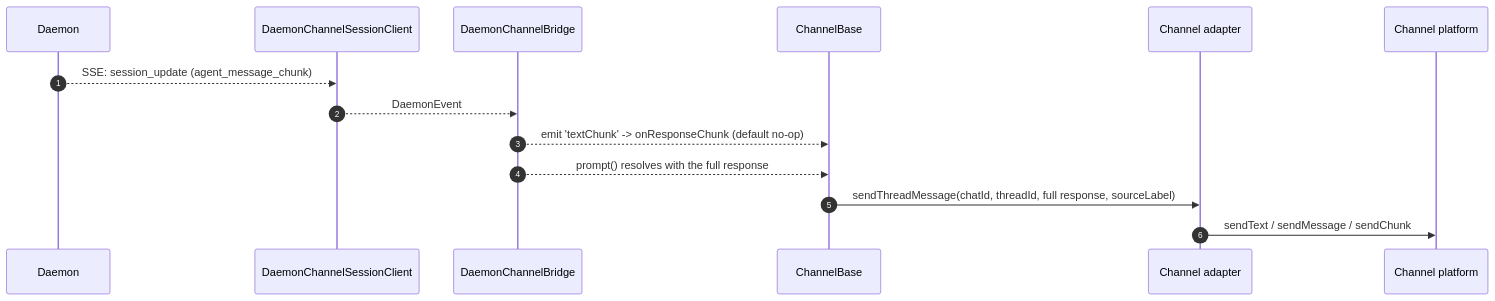
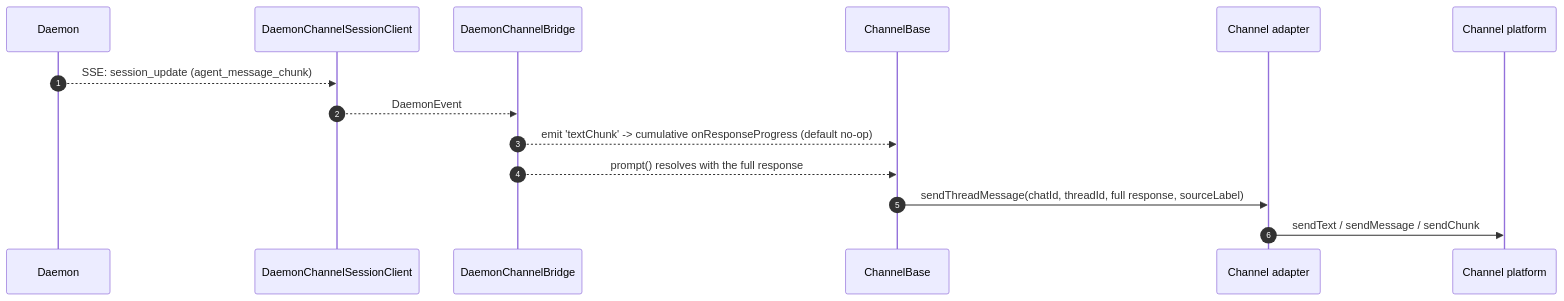
The second of 3 diagrams in docs/developers/daemon/15-channel-adapters.md (QwenLM/qwen-code), drawn with Mermaid before and after one commit. The commit also changed 20 other files, not shown here.

````diff
--- a/docs/developers/daemon/15-channel-adapters.md
+++ b/docs/developers/daemon/15-channel-adapters.md
@@ -132,17 +132,17 @@
 ```mermaid
 sequenceDiagram
     autonumber
     participant D as Daemon
     participant SC as DaemonChannelSessionClient
     participant BR as DaemonChannelBridge
     participant CB as ChannelBase
     participant AD as Channel adapter
     participant CH as Channel platform
 
     D-->>SC: SSE: session_update (agent_message_chunk)
     SC-->>BR: DaemonEvent
-    BR-->>CB: emit 'textChunk' -> onResponseChunk (default no-op)
+    BR-->>CB: emit 'textChunk' -> cumulative onResponseProgress (default no-op)
     BR-->>CB: prompt() resolves with the full response
     CB->>AD: sendThreadMessage(chatId, threadId, full response, sourceLabel)
     AD->>CH: sendText / sendMessage / sendChunk
 ```
````
